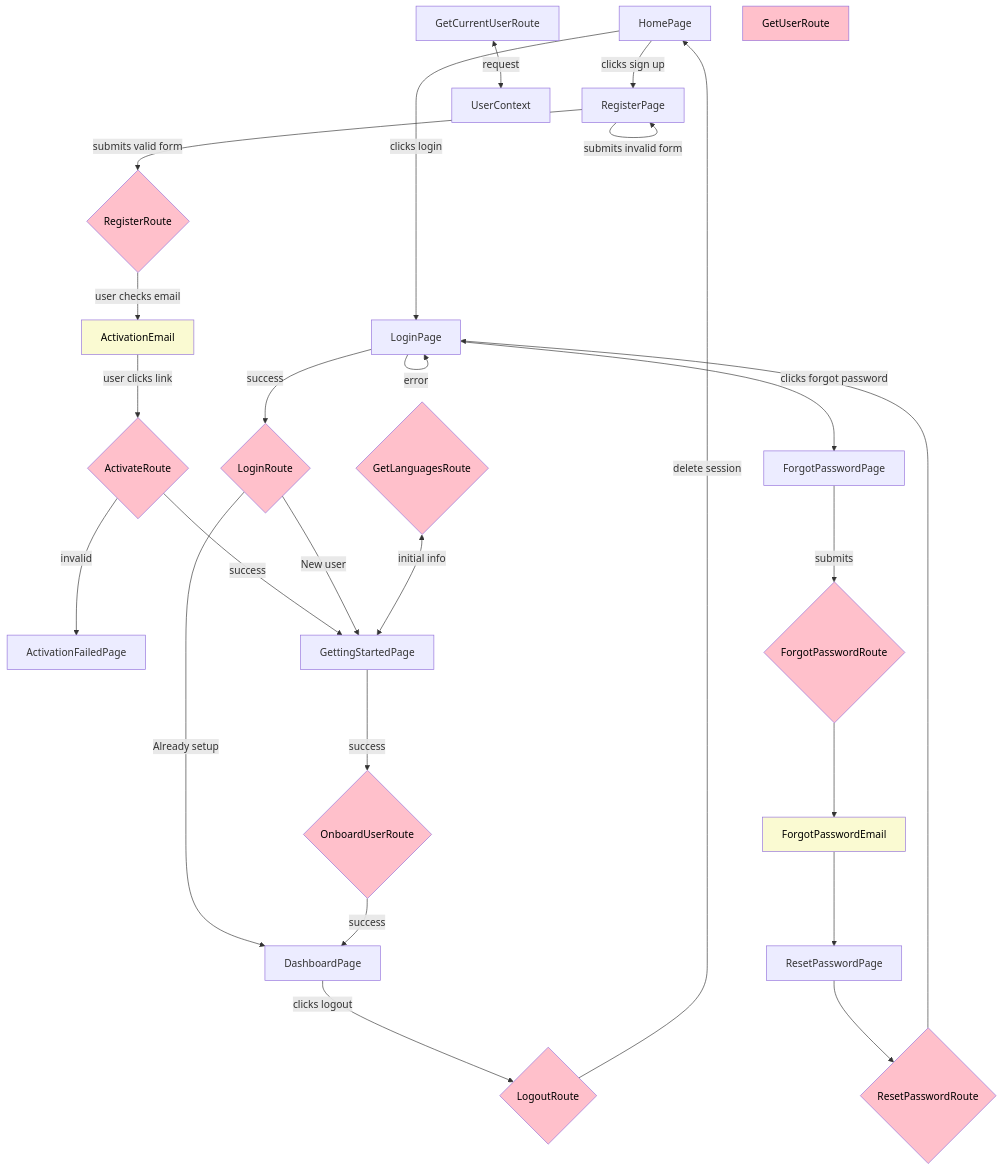
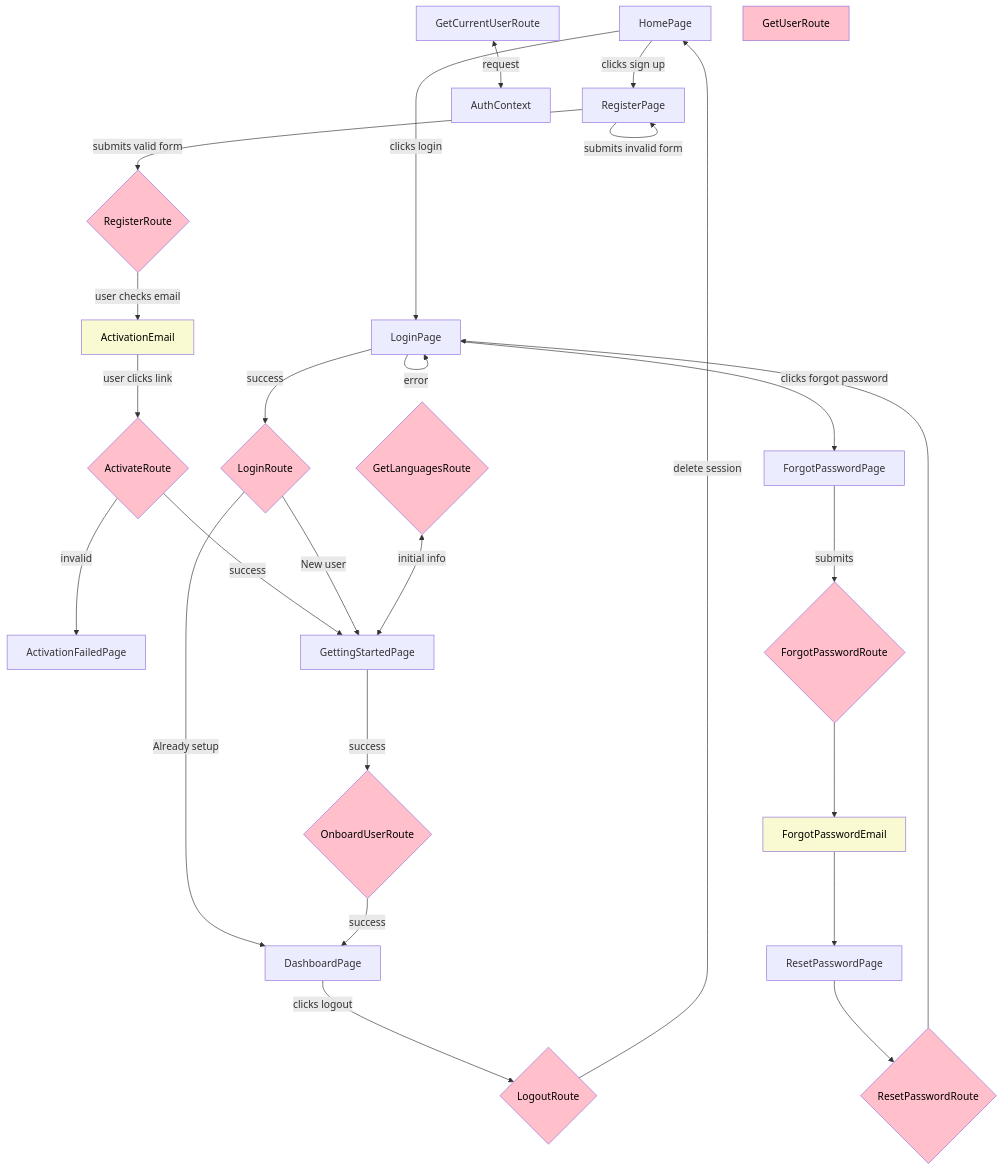
Before and after one commit to pagekey/boom-ce-next: the diagram in docs/architecture/user/index.md, drawn with Mermaid. The commit also changed other lines of this file and 4 other files, not shown here.

Commit message:
Add skeleton for AuthContext

````diff
--- a/docs/architecture/user/index.md
+++ b/docs/architecture/user/index.md
@@ -48,54 +48,54 @@
 ```mermaid
 flowchart TD
     %% Declarations
     %% ------------
     %% Email Templates
 %%  (none)
     %% Routes
 
     %% Connections
     %% ------------
     HomePage -->|clicks login| LoginPage
     HomePage -->|clicks sign up| RegisterPage
     RegisterPage -->|submits invalid form| RegisterPage
     RegisterPage -->|submits valid form| SendEmail{RegisterRoute}
     SendEmail -->|user checks email| ActivationEmail
     ActivationEmail -->|user clicks link| CheckActivation{ActivateRoute}
     CheckActivation -->|invalid| ActivationFailedPage
     CheckActivation -->|success| GettingStartedPage
     LoginPage -->|error| LoginPage
     LoginPage -->|success| CheckAccount{LoginRoute}
     LoginPage -->|clicks forgot password| ForgotPasswordPage
     ForgotPasswordPage -->|submits| ForgotPasswordRoute{ForgotPasswordRoute}
     ForgotPasswordRoute --> ForgotPasswordEmail
     ForgotPasswordEmail --> ResetPasswordPage
     ResetPasswordPage --> ResetPasswordRoute{ResetPasswordRoute}
     ResetPasswordRoute --> LoginPage
     CheckAccount -->|Already setup| DashboardPage
     CheckAccount -->|New user| GettingStartedPage
     GettingStartedPage -->|success| OnboardUserRoute{OnboardUserRoute}
     OnboardUserRoute -->|success| DashboardPage
     DashboardPage -->|clicks logout| LogoutRoute{LogoutRoute}
     LogoutRoute -->|delete session| HomePage
 
     GetLanguagesRoute <-->|initial info| GettingStartedPage 
     GetLanguagesRoute{GetLanguagesRoute}
 
-    GetCurrentUserRoute <-->|request| UserContext 
+    GetCurrentUserRoute <-->|request| AuthContext 
 
     %% Styles
     %% ------------
     %% Email Templates
     style ActivationEmail fill:LightGoldenRodYellow,color:black
     style ForgotPasswordEmail fill:LightGoldenRodYellow,color:black
     %% Routes
     style SendEmail fill:pink,color:black
     style CheckActivation fill:pink,color:black
     style CheckAccount fill:pink,color:black
     style GetLanguagesRoute fill:pink,color:black
     style GetUserRoute fill:pink,color:black
     style LogoutRoute fill:pink,color:black
     style OnboardUserRoute fill:pink,color:black
     style ForgotPasswordRoute fill:pink,color:black
     style ResetPasswordRoute fill:pink,color:black
 ```
````
